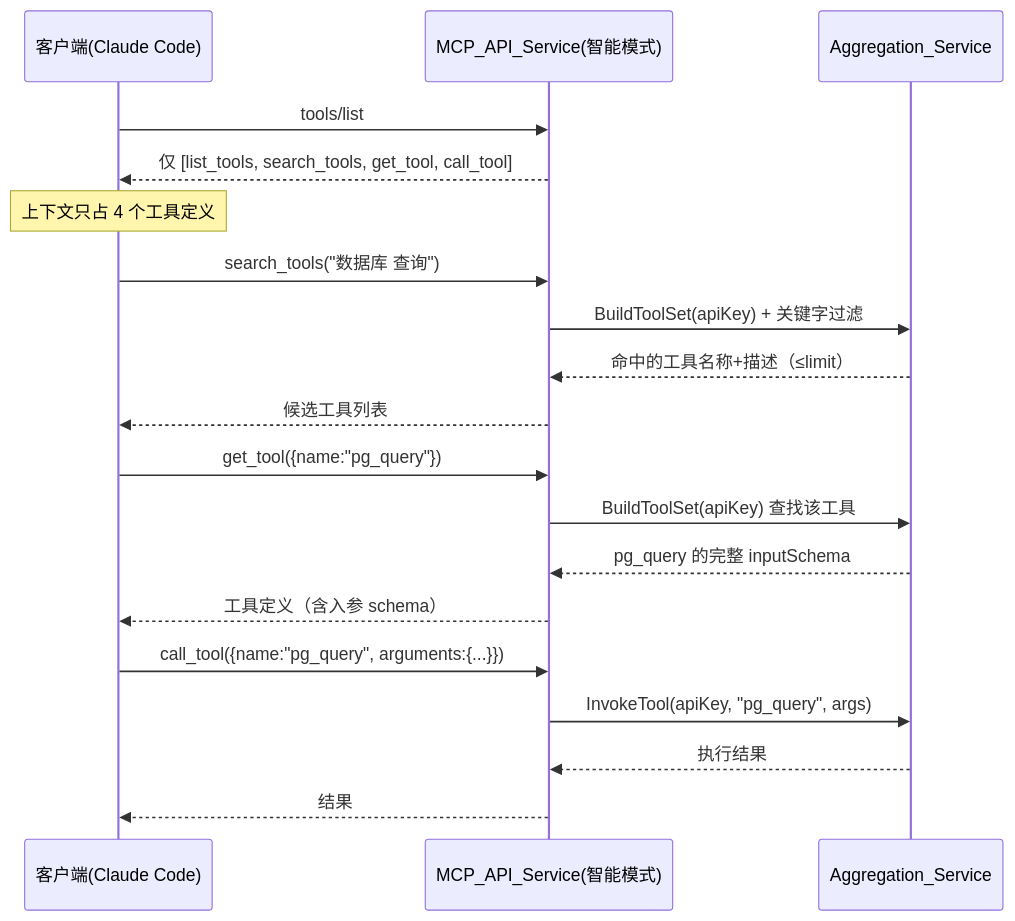
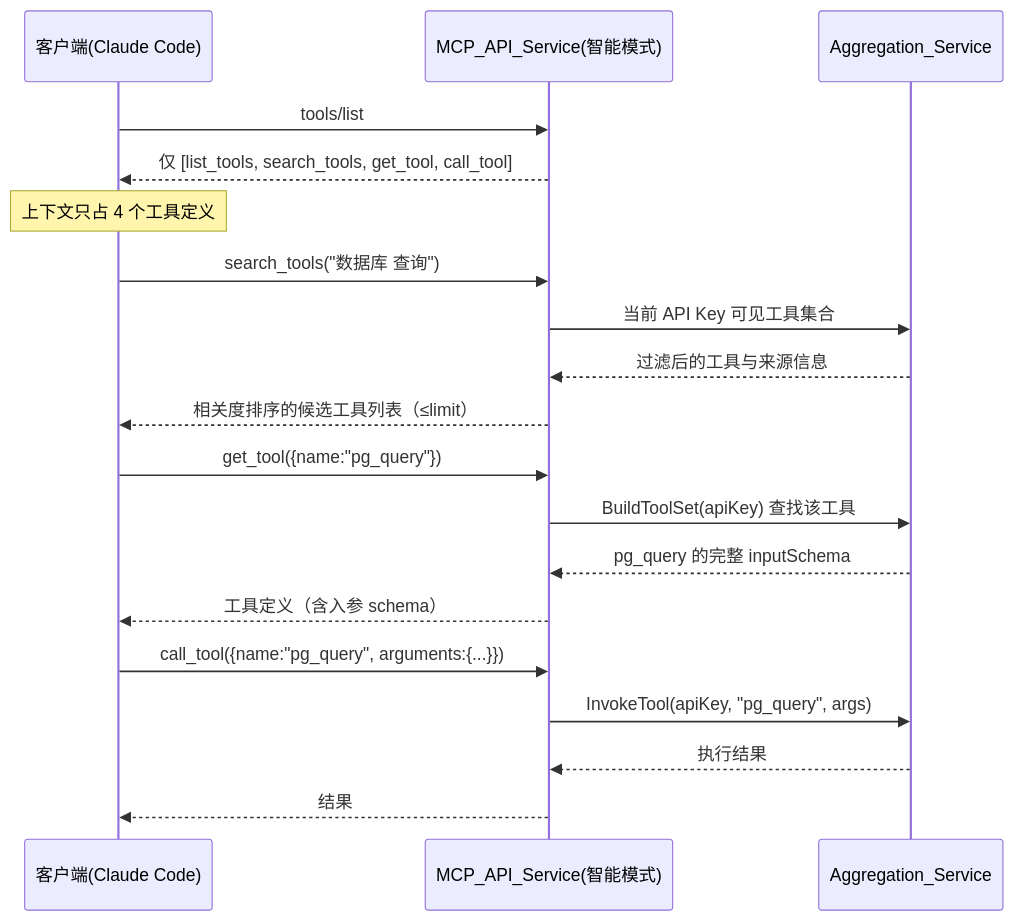
The third of 4 diagrams in .kiro/specs/mcp-proxy-gateway/design.md (xylplm/mcp-proxy-gateway), drawn with Mermaid before and after one commit. The commit also changed other lines of this file and 28 other files, not shown here.

````diff
--- a/.kiro/specs/mcp-proxy-gateway/design.md
+++ b/.kiro/specs/mcp-proxy-gateway/design.md
@@ -554,21 +554,21 @@
 ```mermaid
 sequenceDiagram
     participant C as 客户端(Claude Code)
     participant G as MCP_API_Service(智能模式)
     participant A as Aggregation_Service
     C->>G: tools/list
     G-->>C: 仅 [list_tools, search_tools, get_tool, call_tool]
     Note over C: 上下文只占 4 个工具定义
     C->>G: search_tools("数据库 查询")
-    G->>A: BuildToolSet(apiKey) + 关键字过滤
-    A-->>G: 命中的工具名称+描述（≤limit）
-    G-->>C: 候选工具列表
+    G->>A: 当前 API Key 可见工具集合
+    A-->>G: 过滤后的工具与来源信息
+    G-->>C: 相关度排序的候选工具列表（≤limit）
     C->>G: get_tool({name:"pg_query"})
     G->>A: BuildToolSet(apiKey) 查找该工具
     A-->>G: pg_query 的完整 inputSchema
     G-->>C: 工具定义（含入参 schema）
     C->>G: call_tool({name:"pg_query", arguments:{...}})
     G->>A: InvokeTool(apiKey, "pg_query", args)
     A-->>G: 执行结果
     G-->>C: 结果
 ```
````
